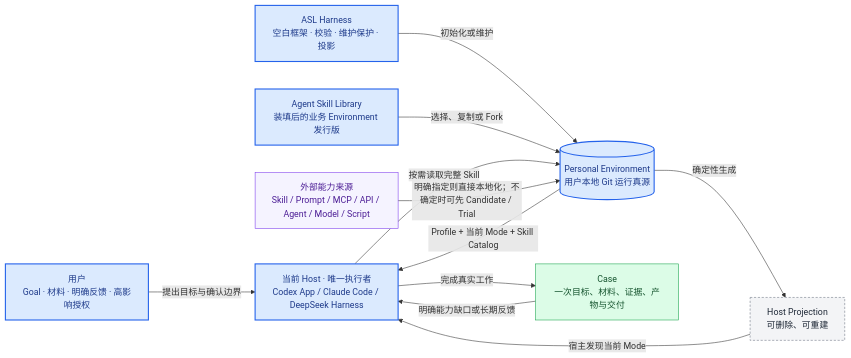
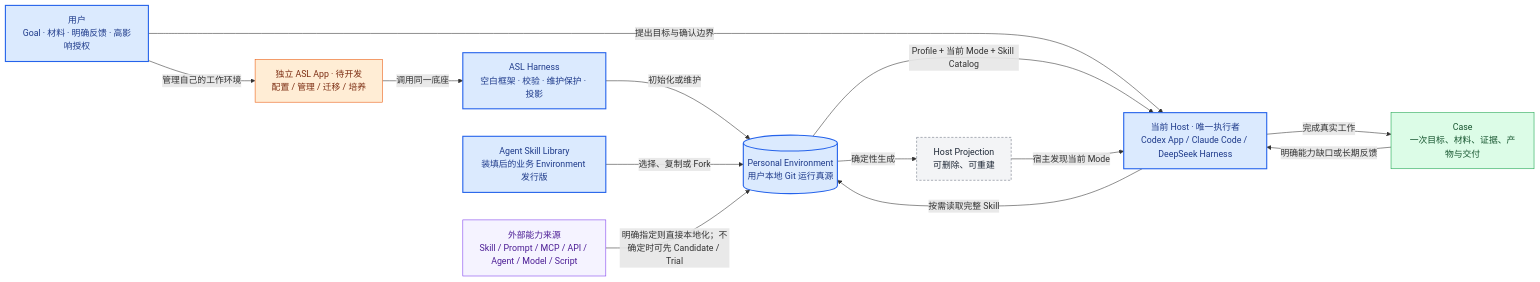
One commit to qihangzhang-272/asl-harness changed the second of 19 diagrams in docs/asl-architecture-views.md. Above: the diagram before and after it, drawn with Mermaid. The commit also changed other lines of this file and 9 other files, not shown here.

````diff
--- a/docs/asl-architecture-views.md
+++ b/docs/asl-architecture-views.md
@@ -233,31 +188,36 @@
 ```mermaid
 flowchart LR
     USER["用户<br/>Goal · 材料 · 明确反馈 · 高影响授权"]
     HOST["当前 Host · 唯一执行者<br/>Codex App / Claude Code / DeepSeek Harness"]
     HARNESS["ASL Harness<br/>空白框架 · 校验 · 维护保护 · 投影"]
     LIBRARY["Agent Skill Library<br/>装填后的业务 Environment 发行版"]
     ENV[("Personal Environment<br/>用户本地 Git 运行真源")]
     CASE["Case<br/>一次目标、材料、证据、产物与交付"]
     EXTERNAL["外部能力来源<br/>Skill / Prompt / MCP / API / Agent / Model / Script"]
     PROJECTION["Host Projection<br/>可删除、可重建"]
 
+    APP["独立 ASL App · 待开发<br/>配置 / 管理 / 迁移 / 培养"]
+    USER -->|管理自己的工作环境| APP
+    APP -->|调用同一底座| HARNESS
     USER -->|提出目标与确认边界| HOST
     HARNESS -->|初始化或维护| ENV
     LIBRARY -->|选择、复制或 Fork| ENV
     ENV -->|Profile + 当前 Mode + Skill Catalog| HOST
     HOST -->|按需读取完整 Skill| ENV
     HOST -->|完成真实工作| CASE
     CASE -->|明确能力缺口或长期反馈| HOST
     EXTERNAL -->|明确指定则直接本地化；不确定时可先 Candidate / Trial| ENV
     ENV -->|确定性生成| PROJECTION
     PROJECTION -->|宿主发现当前 Mode| HOST
 
     classDef locked fill:#dbeafe,stroke:#2563eb,color:#1e3a8a,stroke-width:2px;
     classDef done fill:#dcfce7,stroke:#16a34a,color:#14532d;
     classDef generated fill:#f3f4f6,stroke:#6b7280,color:#1f2937,stroke-dasharray:4 3;
     classDef source fill:#f5f3ff,stroke:#7c3aed,color:#4c1d95;
+    classDef pending fill:#ffedd5,stroke:#ea580c,color:#7c2d12;
+    class APP pending;
     class USER,HOST,HARNESS,LIBRARY,ENV locked;
     class CASE done;
     class PROJECTION generated;
     class EXTERNAL source;
 ```
````
